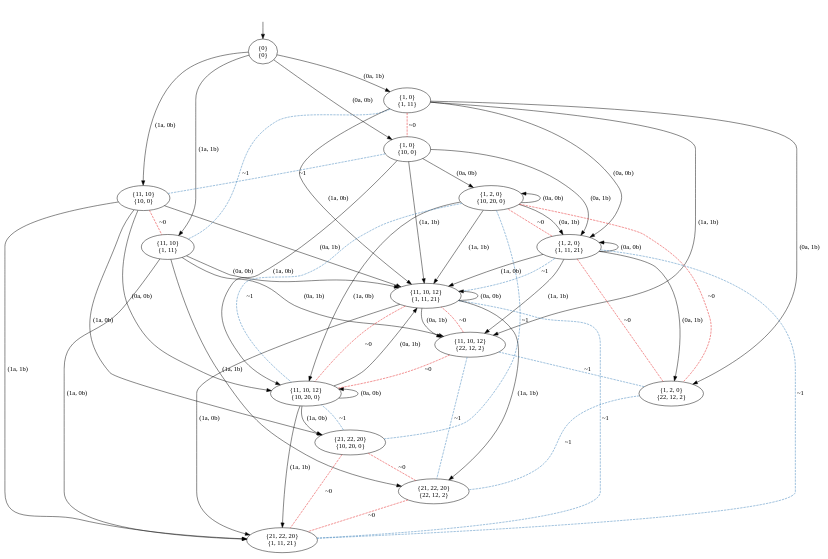
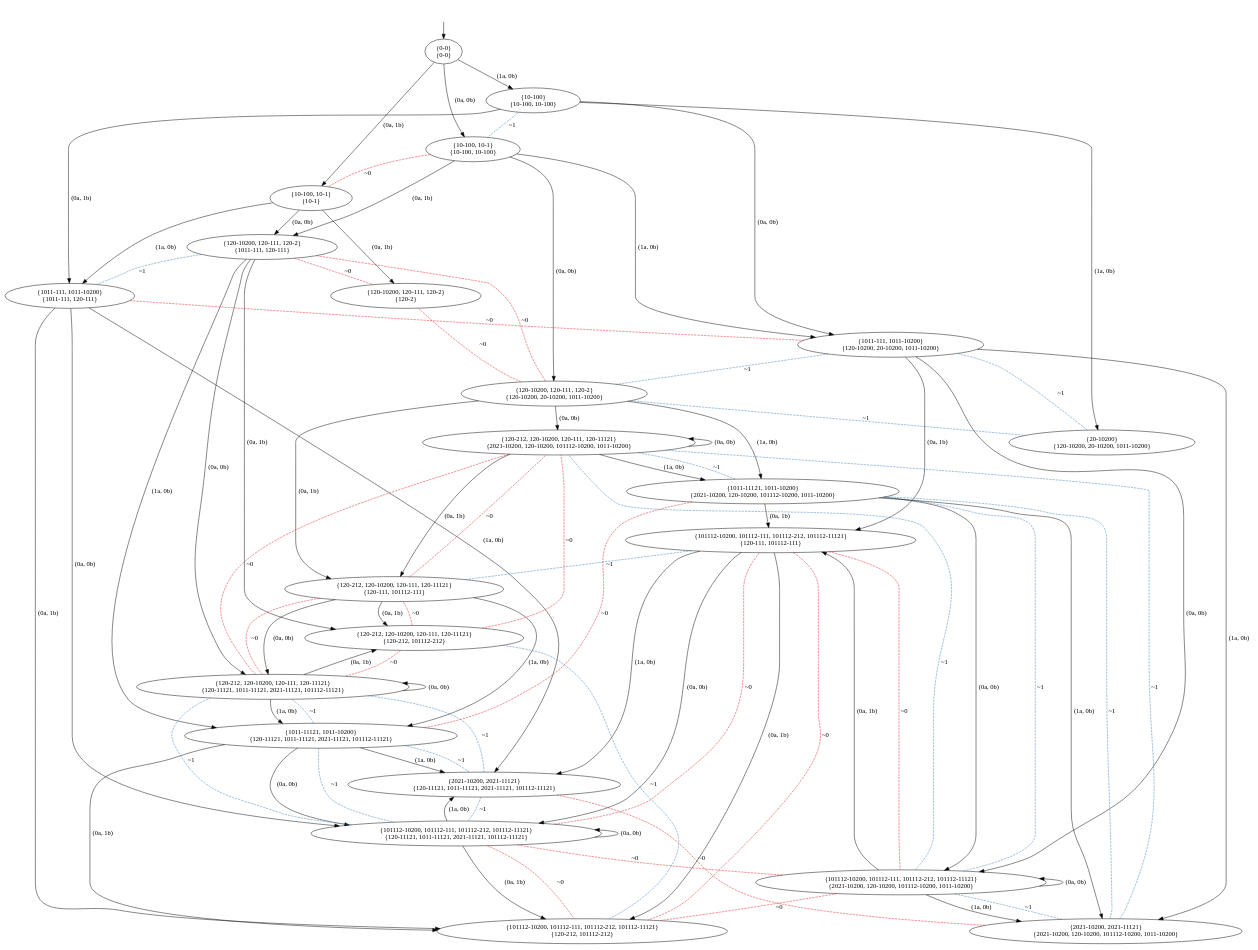
Before and after one commit to olandr/mkbsc: the diagram in pictures/GK2.dot, drawn with Graphviz. The commit also changed 4 other files, not shown here.

```diff
--- a/pictures/GK2.dot
+++ b/pictures/GK2.dot
@@ -3,78 +3,114 @@
 nodesep=0.5;
 ranksep=0.5;
 splines=True;
-4713533392 [label="{0}\n{0}"];
-4713531712 [label="{1, 0}\n{10, 0}"];
-4713530592 [label="{11, 10}\n{10, 0}"];
-4713533224 [label="{1, 0}\n{1, 11}"];
-4713529696 [label="{11, 10}\n{1, 11}"];
-4713531824 [label="{1, 2, 0}\n{10, 20, 0}"];
-4713530984 [label="{11, 10, 12}\n{10, 20, 0}"];
-4713531656 [label="{1, 2, 0}\n{1, 11, 21}"];
-4713532216 [label="{11, 10, 12}\n{1, 11, 21}"];
-4713609648 [label="{21, 22, 20}\n{10, 20, 0}"];
-4713609816 [label="{21, 22, 20}\n{1, 11, 21}"];
-4713610040 [label="{1, 2, 0}\n{22, 12, 2}"];
-4713610152 [label="{11, 10, 12}\n{22, 12, 2}"];
-4713610432 [label="{21, 22, 20}\n{22, 12, 2}"];
+4643922832 [label="{0-0}\n{0-0}"];
+4643922608 [label="{10-100, 10-1}\n{10-100, 10-100}"];
+4643923224 [label="{10-100}\n{10-100, 10-100}"];
+4643923168 [label="{10-100, 10-1}\n{10-1}"];
+4643922496 [label="{120-10200, 120-111, 120-2}\n{120-10200, 20-10200, 1011-10200}"];
+4643923896 [label="{1011-111, 1011-10200}\n{120-10200, 20-10200, 1011-10200}"];
+4643922048 [label="{120-10200, 120-111, 120-2}\n{1011-111, 120-111}"];
+4643923056 [label="{20-10200}\n{120-10200, 20-10200, 1011-10200}"];
+4643934392 [label="{1011-111, 1011-10200}\n{1011-111, 120-111}"];
+4644199224 [label="{120-10200, 120-111, 120-2}\n{120-2}"];
+4644198384 [label="{120-212, 120-10200, 120-111, 120-11121}\n{2021-10200, 120-10200, 101112-10200, 1011-10200}"];
+4644198608 [label="{1011-11121, 1011-10200}\n{2021-10200, 120-10200, 101112-10200, 1011-10200}"];
+4644198720 [label="{120-212, 120-10200, 120-111, 120-11121}\n{120-111, 101112-111}"];
+4644198888 [label="{101112-10200, 101112-111, 101112-212, 101112-11121}\n{2021-10200, 120-10200, 101112-10200, 1011-10200}"];
+4644199112 [label="{2021-10200, 2021-11121}\n{2021-10200, 120-10200, 101112-10200, 1011-10200}"];
+4644198272 [label="{101112-10200, 101112-111, 101112-212, 101112-11121}\n{120-111, 101112-111}"];
+4644198496 [label="{120-212, 120-10200, 120-111, 120-11121}\n{120-11121, 1011-11121, 2021-11121, 101112-11121}"];
+4644118088 [label="{1011-11121, 1011-10200}\n{120-11121, 1011-11121, 2021-11121, 101112-11121}"];
+4644116856 [label="{120-212, 120-10200, 120-111, 120-11121}\n{120-212, 101112-212}"];
+4644229192 [label="{101112-10200, 101112-111, 101112-212, 101112-11121}\n{120-11121, 1011-11121, 2021-11121, 101112-11121}"];
+4644356560 [label="{2021-10200, 2021-11121}\n{120-11121, 1011-11121, 2021-11121, 101112-11121}"];
+4644356672 [label="{101112-10200, 101112-111, 101112-212, 101112-11121}\n{120-212, 101112-212}"];
 hidden [label="", shape=none];
-4713533392 -> 4713531712  [action="('0a', '0b')", key="('0a', '0b')", label="(0a, 0b)"];
-4713533392 -> 4713530592  [action="('1a', '0b')", key="('1a', '0b')", label="(1a, 0b)"];
-4713533392 -> 4713533224  [action="('0a', '1b')", key="('0a', '1b')", label="(0a, 1b)"];
-4713533392 -> 4713529696  [action="('1a', '1b')", key="('1a', '1b')", label="(1a, 1b)"];
-4713531712 -> 4713531824  [action="('0a', '0b')", key="('0a', '0b')", label="(0a, 0b)"];
-4713531712 -> 4713530984  [action="('1a', '0b')", key="('1a', '0b')", label="(1a, 0b)"];
-4713531712 -> 4713531656  [action="('0a', '1b')", key="('0a', '1b')", label="(0a, 1b)"];
-4713531712 -> 4713532216  [action="('1a', '1b')", key="('1a', '1b')", label="(1a, 1b)"];
-4713531712 -> 4713530592  [arrowhead=none, color=2, colorscheme=set19, constraint=True, key=0, label="~1", style=dashed];
-4713530592 -> 4713530984  [action="('0a', '0b')", key="('0a', '0b')", label="(0a, 0b)"];
-4713530592 -> 4713609648  [action="('1a', '0b')", key="('1a', '0b')", label="(1a, 0b)"];
-4713530592 -> 4713532216  [action="('0a', '1b')", key="('0a', '1b')", label="(0a, 1b)"];
-4713530592 -> 4713609816  [action="('1a', '1b')", key="('1a', '1b')", label="(1a, 1b)"];
-4713530592 -> 4713529696  [arrowhead=none, color=1, colorscheme=set19, constraint=True, key=0, label="~0", style=dashed];
-4713533224 -> 4713531656  [action="('0a', '0b')", key="('0a', '0b')", label="(0a, 0b)"];
-4713533224 -> 4713532216  [action="('1a', '0b')", key="('1a', '0b')", label="(1a, 0b)"];
-4713533224 -> 4713610040  [action="('0a', '1b')", key="('0a', '1b')", label="(0a, 1b)"];
-4713533224 -> 4713610152  [action="('1a', '1b')", key="('1a', '1b')", label="(1a, 1b)"];
-4713533224 -> 4713531712  [arrowhead=none, color=1, colorscheme=set19, constraint=True, key=0, label="~0", style=dashed];
-4713533224 -> 4713529696  [arrowhead=none, color=2, colorscheme=set19, constraint=True, key=0, label="~1", style=dashed];
-4713529696 -> 4713532216  [action="('0a', '0b')", key="('0a', '0b')", label="(0a, 0b)"];
-4713529696 -> 4713609816  [action="('1a', '0b')", key="('1a', '0b')", label="(1a, 0b)"];
-4713529696 -> 4713610152  [action="('0a', '1b')", key="('0a', '1b')", label="(0a, 1b)"];
-4713529696 -> 4713610432  [action="('1a', '1b')", key="('1a', '1b')", label="(1a, 1b)"];
-4713531824 -> 4713531824  [action="('0a', '0b')", dir=back, key="('0a', '0b')", label="(0a, 0b)"];
-4713531824 -> 4713530984  [action="('1a', '0b')", key="('1a', '0b')", label="(1a, 0b)"];
-4713531824 -> 4713530984  [arrowhead=none, color=2, colorscheme=set19, constraint=True, key=1, label="~1", style=dashed];
-4713531824 -> 4713531656  [action="('0a', '1b')", key="('0a', '1b')", label="(0a, 1b)"];
-4713531824 -> 4713532216  [action="('1a', '1b')", key="('1a', '1b')", label="(1a, 1b)"];
-4713531824 -> 4713610040  [arrowhead=none, color=1, colorscheme=set19, constraint=True, key=0, label="~0", style=dashed];
-4713531824 -> 4713609648  [arrowhead=none, color=2, colorscheme=set19, constraint=True, key=0, label="~1", style=dashed];
-4713530984 -> 4713530984  [action="('0a', '0b')", dir=back, key="('0a', '0b')", label="(0a, 0b)"];
-4713530984 -> 4713609648  [action="('1a', '0b')", key="('1a', '0b')", label="(1a, 0b)"];
-4713530984 -> 4713532216  [action="('0a', '1b')", key="('0a', '1b')", label="(0a, 1b)"];
-4713530984 -> 4713609816  [action="('1a', '1b')", key="('1a', '1b')", label="(1a, 1b)"];
-4713531656 -> 4713531656  [action="('0a', '0b')", dir=back, key="('0a', '0b')", label="(0a, 0b)"];
-4713531656 -> 4713532216  [action="('1a', '0b')", key="('1a', '0b')", label="(1a, 0b)"];
-4713531656 -> 4713532216  [arrowhead=none, color=2, colorscheme=set19, constraint=True, key=1, label="~1", style=dashed];
-4713531656 -> 4713610040  [action="('0a', '1b')", key="('0a', '1b')", label="(0a, 1b)"];
-4713531656 -> 4713610040  [arrowhead=none, color=1, colorscheme=set19, constraint=True, key=1, label="~0", style=dashed];
-4713531656 -> 4713610152  [action="('1a', '1b')", key="('1a', '1b')", label="(1a, 1b)"];
-4713531656 -> 4713531824  [arrowhead=none, color=1, colorscheme=set19, constraint=True, key=0, label="~0", style=dashed];
-4713531656 -> 4713609816  [arrowhead=none, color=2, colorscheme=set19, constraint=True, key=0, label="~1", style=dashed];
-4713532216 -> 4713532216  [action="('0a', '0b')", dir=back, key="('0a', '0b')", label="(0a, 0b)"];
-4713532216 -> 4713609816  [action="('1a', '0b')", key="('1a', '0b')", label="(1a, 0b)"];
-4713532216 -> 4713609816  [arrowhead=none, color=2, colorscheme=set19, constraint=True, key=1, label="~1", style=dashed];
-4713532216 -> 4713610152  [action="('0a', '1b')", key="('0a', '1b')", label="(0a, 1b)"];
-4713532216 -> 4713610432  [action="('1a', '1b')", key="('1a', '1b')", label="(1a, 1b)"];
-4713532216 -> 4713530984  [arrowhead=none, color=1, colorscheme=set19, constraint=True, key=0, label="~0", style=dashed];
-4713609648 -> 4713610432  [arrowhead=none, color=1, colorscheme=set19, constraint=True, key=0, label="~0", style=dashed];
-4713609648 -> 4713609816  [arrowhead=none, color=1, colorscheme=set19, constraint=True, key=0, label="~0", style=dashed];
-4713609648 -> 4713530984  [arrowhead=none, color=2, colorscheme=set19, constraint=True, key=0, label="~1", style=dashed];
-4713610040 -> 4713610432  [arrowhead=none, color=2, colorscheme=set19, constraint=True, key=0, label="~1", style=dashed];
-4713610152 -> 4713532216  [arrowhead=none, color=1, colorscheme=set19, constraint=True, key=0, label="~0", style=dashed];
-4713610152 -> 4713530984  [arrowhead=none, color=1, colorscheme=set19, constraint=True, key=0, label="~0", style=dashed];
-4713610152 -> 4713610040  [arrowhead=none, color=2, colorscheme=set19, constraint=True, key=0, label="~1", style=dashed];
-4713610152 -> 4713610432  [arrowhead=none, color=2, colorscheme=set19, constraint=True, key=0, label="~1", style=dashed];
-4713610432 -> 4713609816  [arrowhead=none, color=1, colorscheme=set19, constraint=True, key=0, label="~0", style=dashed];
-hidden -> 4713533392  [key=0];
+4643922832 -> 4643922608  [action="('0a', '0b')", key="('0a', '0b')", label="(0a, 0b)"];
+4643922832 -> 4643923224  [action="('1a', '0b')", key="('1a', '0b')", label="(1a, 0b)"];
+4643922832 -> 4643923168  [action="('0a', '1b')", key="('0a', '1b')", label="(0a, 1b)"];
+4643922608 -> 4643922496  [action="('0a', '0b')", key="('0a', '0b')", label="(0a, 0b)"];
+4643922608 -> 4643923896  [action="('1a', '0b')", key="('1a', '0b')", label="(1a, 0b)"];
+4643922608 -> 4643922048  [action="('0a', '1b')", key="('0a', '1b')", label="(0a, 1b)"];
+4643922608 -> 4643923168  [arrowhead=none, color=1, colorscheme=set19, constraint=True, key=0, label="~0", style=dashed];
+4643923224 -> 4643923896  [action="('0a', '0b')", key="('0a', '0b')", label="(0a, 0b)"];
+4643923224 -> 4643923056  [action="('1a', '0b')", key="('1a', '0b')", label="(1a, 0b)"];
+4643923224 -> 4643934392  [action="('0a', '1b')", key="('0a', '1b')", label="(0a, 1b)"];
+4643923224 -> 4643922608  [arrowhead=none, color=2, colorscheme=set19, constraint=True, key=0, label="~1", style=dashed];
+4643923168 -> 4643922048  [action="('0a', '0b')", key="('0a', '0b')", label="(0a, 0b)"];
+4643923168 -> 4643934392  [action="('1a', '0b')", key="('1a', '0b')", label="(1a, 0b)"];
+4643923168 -> 4644199224  [action="('0a', '1b')", key="('0a', '1b')", label="(0a, 1b)"];
+4643922496 -> 4644198384  [action="('0a', '0b')", key="('0a', '0b')", label="(0a, 0b)"];
+4643922496 -> 4644198608  [action="('1a', '0b')", key="('1a', '0b')", label="(1a, 0b)"];
+4643922496 -> 4644198720  [action="('0a', '1b')", key="('0a', '1b')", label="(0a, 1b)"];
+4643922496 -> 4643923056  [arrowhead=none, color=2, colorscheme=set19, constraint=True, key=0, label="~1", style=dashed];
+4643923896 -> 4644198888  [action="('0a', '0b')", key="('0a', '0b')", label="(0a, 0b)"];
+4643923896 -> 4644199112  [action="('1a', '0b')", key="('1a', '0b')", label="(1a, 0b)"];
+4643923896 -> 4644198272  [action="('0a', '1b')", key="('0a', '1b')", label="(0a, 1b)"];
+4643923896 -> 4643922496  [arrowhead=none, color=2, colorscheme=set19, constraint=True, key=0, label="~1", style=dashed];
+4643923896 -> 4643923056  [arrowhead=none, color=2, colorscheme=set19, constraint=True, key=0, label="~1", style=dashed];
+4643922048 -> 4644198496  [action="('0a', '0b')", key="('0a', '0b')", label="(0a, 0b)"];
+4643922048 -> 4644118088  [action="('1a', '0b')", key="('1a', '0b')", label="(1a, 0b)"];
+4643922048 -> 4644116856  [action="('0a', '1b')", key="('0a', '1b')", label="(0a, 1b)"];
+4643922048 -> 4644199224  [arrowhead=none, color=1, colorscheme=set19, constraint=True, key=0, label="~0", style=dashed];
+4643922048 -> 4643922496  [arrowhead=none, color=1, colorscheme=set19, constraint=True, key=0, label="~0", style=dashed];
+4643922048 -> 4643934392  [arrowhead=none, color=2, colorscheme=set19, constraint=True, key=0, label="~1", style=dashed];
+4643934392 -> 4644229192  [action="('0a', '0b')", key="('0a', '0b')", label="(0a, 0b)"];
+4643934392 -> 4644356560  [action="('1a', '0b')", key="('1a', '0b')", label="(1a, 0b)"];
+4643934392 -> 4644356672  [action="('0a', '1b')", key="('0a', '1b')", label="(0a, 1b)"];
+4643934392 -> 4643923896  [arrowhead=none, color=1, colorscheme=set19, constraint=True, key=0, label="~0", style=dashed];
+4644199224 -> 4643922496  [arrowhead=none, color=1, colorscheme=set19, constraint=True, key=0, label="~0", style=dashed];
+4644198384 -> 4644198384  [action="('0a', '0b')", dir=back, key="('0a', '0b')", label="(0a, 0b)"];
+4644198384 -> 4644198608  [action="('1a', '0b')", key="('1a', '0b')", label="(1a, 0b)"];
+4644198384 -> 4644198720  [action="('0a', '1b')", key="('0a', '1b')", label="(0a, 1b)"];
+4644198608 -> 4644198888  [action="('0a', '0b')", key="('0a', '0b')", label="(0a, 0b)"];
+4644198608 -> 4644198888  [arrowhead=none, color=2, colorscheme=set19, constraint=True, key=1, label="~1", style=dashed];
+4644198608 -> 4644199112  [action="('1a', '0b')", key="('1a', '0b')", label="(1a, 0b)"];
+4644198608 -> 4644198272  [action="('0a', '1b')", key="('0a', '1b')", label="(0a, 1b)"];
+4644198608 -> 4644198384  [arrowhead=none, color=2, colorscheme=set19, constraint=True, key=0, label="~1", style=dashed];
+4644198720 -> 4644198496  [action="('0a', '0b')", key="('0a', '0b')", label="(0a, 0b)"];
+4644198720 -> 4644198496  [arrowhead=none, color=1, colorscheme=set19, constraint=True, key=1, label="~0", style=dashed];
+4644198720 -> 4644118088  [action="('1a', '0b')", key="('1a', '0b')", label="(1a, 0b)"];
+4644198720 -> 4644116856  [action="('0a', '1b')", key="('0a', '1b')", label="(0a, 1b)"];
+4644198720 -> 4644198384  [arrowhead=none, color=1, colorscheme=set19, constraint=True, key=0, label="~0", style=dashed];
+4644198888 -> 4644198888  [action="('0a', '0b')", dir=back, key="('0a', '0b')", label="(0a, 0b)"];
+4644198888 -> 4644199112  [action="('1a', '0b')", key="('1a', '0b')", label="(1a, 0b)"];
+4644198888 -> 4644198272  [action="('0a', '1b')", key="('0a', '1b')", label="(0a, 1b)"];
+4644198888 -> 4644356672  [arrowhead=none, color=1, colorscheme=set19, constraint=True, key=0, label="~0", style=dashed];
+4644198888 -> 4644198384  [arrowhead=none, color=2, colorscheme=set19, constraint=True, key=0, label="~1", style=dashed];
+4644199112 -> 4644356560  [arrowhead=none, color=1, colorscheme=set19, constraint=True, key=0, label="~0", style=dashed];
+4644199112 -> 4644198608  [arrowhead=none, color=2, colorscheme=set19, constraint=True, key=0, label="~1", style=dashed];
+4644199112 -> 4644198888  [arrowhead=none, color=2, colorscheme=set19, constraint=True, key=0, label="~1", style=dashed];
+4644199112 -> 4644198384  [arrowhead=none, color=2, colorscheme=set19, constraint=True, key=0, label="~1", style=dashed];
+4644198272 -> 4644229192  [action="('0a', '0b')", key="('0a', '0b')", label="(0a, 0b)"];
+4644198272 -> 4644229192  [arrowhead=none, color=1, colorscheme=set19, constraint=True, key=1, label="~0", style=dashed];
+4644198272 -> 4644356560  [action="('1a', '0b')", key="('1a', '0b')", label="(1a, 0b)"];
+4644198272 -> 4644356672  [action="('0a', '1b')", key="('0a', '1b')", label="(0a, 1b)"];
+4644198272 -> 4644356672  [arrowhead=none, color=1, colorscheme=set19, constraint=True, key=1, label="~0", style=dashed];
+4644198272 -> 4644198888  [arrowhead=none, color=1, colorscheme=set19, constraint=True, key=0, label="~0", style=dashed];
+4644198272 -> 4644198720  [arrowhead=none, color=2, colorscheme=set19, constraint=True, key=0, label="~1", style=dashed];
+4644198496 -> 4644198496  [action="('0a', '0b')", dir=back, key="('0a', '0b')", label="(0a, 0b)"];
+4644198496 -> 4644118088  [action="('1a', '0b')", key="('1a', '0b')", label="(1a, 0b)"];
+4644198496 -> 4644116856  [action="('0a', '1b')", key="('0a', '1b')", label="(0a, 1b)"];
+4644198496 -> 4644198384  [arrowhead=none, color=1, colorscheme=set19, constraint=True, key=0, label="~0", style=dashed];
+4644118088 -> 4644229192  [action="('0a', '0b')", key="('0a', '0b')", label="(0a, 0b)"];
+4644118088 -> 4644229192  [arrowhead=none, color=2, colorscheme=set19, constraint=True, key=1, label="~1", style=dashed];
+4644118088 -> 4644356560  [action="('1a', '0b')", key="('1a', '0b')", label="(1a, 0b)"];
+4644118088 -> 4644356672  [action="('0a', '1b')", key="('0a', '1b')", label="(0a, 1b)"];
+4644118088 -> 4644198608  [arrowhead=none, color=1, colorscheme=set19, constraint=True, key=0, label="~0", style=dashed];
+4644118088 -> 4644198496  [arrowhead=none, color=2, colorscheme=set19, constraint=True, key=0, label="~1", style=dashed];
+4644116856 -> 4644198720  [arrowhead=none, color=1, colorscheme=set19, constraint=True, key=0, label="~0", style=dashed];
+4644116856 -> 4644198496  [arrowhead=none, color=1, colorscheme=set19, constraint=True, key=0, label="~0", style=dashed];
+4644116856 -> 4644198384  [arrowhead=none, color=1, colorscheme=set19, constraint=True, key=0, label="~0", style=dashed];
+4644229192 -> 4644229192  [action="('0a', '0b')", dir=back, key="('0a', '0b')", label="(0a, 0b)"];
+4644229192 -> 4644356560  [action="('1a', '0b')", key="('1a', '0b')", label="(1a, 0b)"];
+4644229192 -> 4644356672  [action="('0a', '1b')", key="('0a', '1b')", label="(0a, 1b)"];
+4644229192 -> 4644356672  [arrowhead=none, color=1, colorscheme=set19, constraint=True, key=1, label="~0", style=dashed];
+4644229192 -> 4644198888  [arrowhead=none, color=1, colorscheme=set19, constraint=True, key=0, label="~0", style=dashed];
+4644229192 -> 4644198496  [arrowhead=none, color=2, colorscheme=set19, constraint=True, key=0, label="~1", style=dashed];
+4644356560 -> 4644118088  [arrowhead=none, color=2, colorscheme=set19, constraint=True, key=0, label="~1", style=dashed];
+4644356560 -> 4644229192  [arrowhead=none, color=2, colorscheme=set19, constraint=True, key=0, label="~1", style=dashed];
+4644356560 -> 4644198496  [arrowhead=none, color=2, colorscheme=set19, constraint=True, key=0, label="~1", style=dashed];
+4644356672 -> 4644116856  [arrowhead=none, color=2, colorscheme=set19, constraint=True, key=0, label="~1", style=dashed];
+hidden -> 4643922832  [key=0];
 }
```
